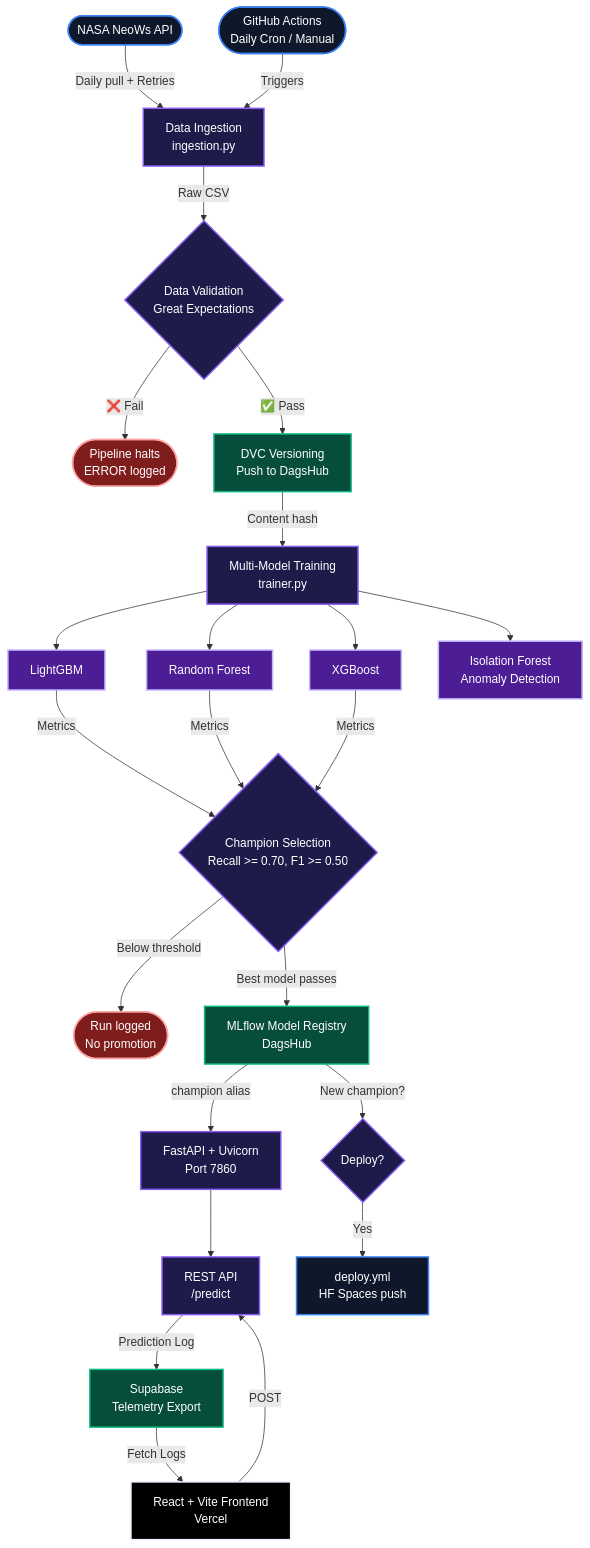
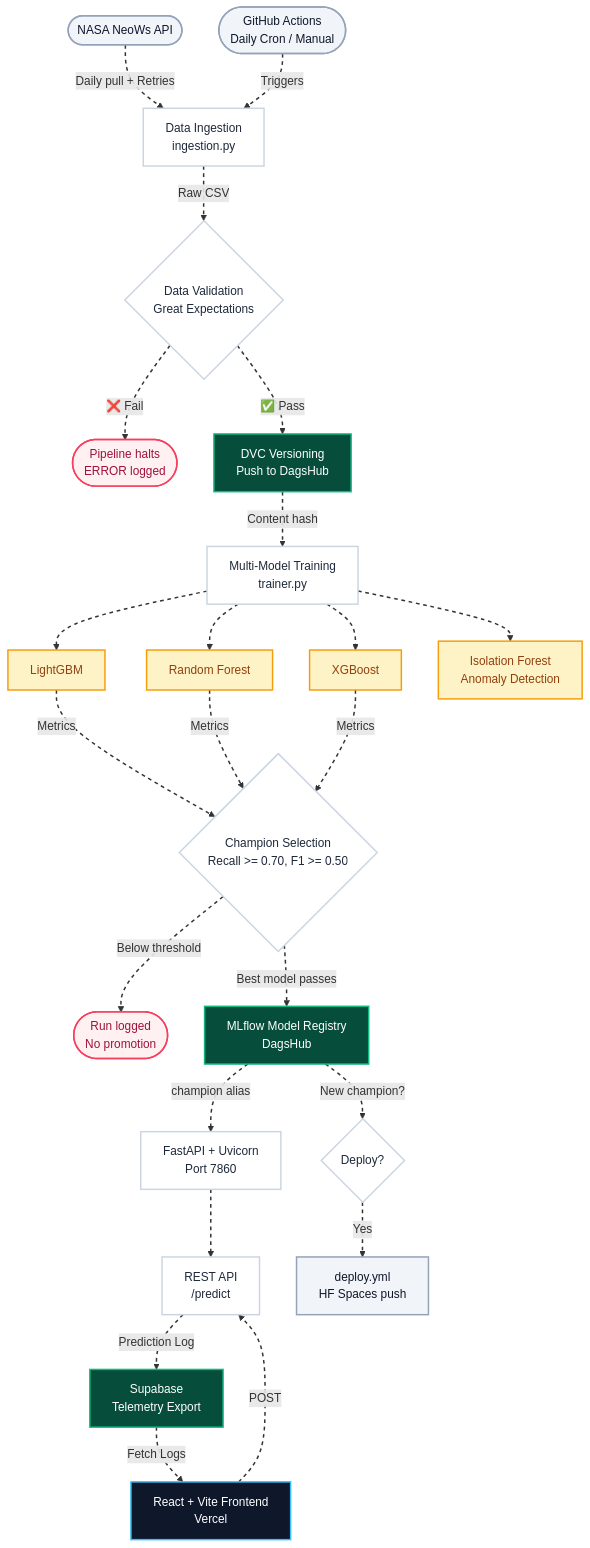
One commit to Govinthan-KS/NEO-Sentinel-Autonomous-Asteroid-Hazard-Classification-System changed the diagram in README.md. Above: the diagram before and after it, drawn with Mermaid.

Commit message:
docs: use premium light colors and dashed data flows in mermaid diagram

````diff
--- a/README.md
+++ b/README.md
@@ -48,37 +48,40 @@
 ```mermaid
 flowchart TD
-    %% Styling Classes
-    classDef external fill:#0f172a,stroke:#3b82f6,stroke-width:2px,color:#fff
-    classDef process fill:#1e1b4b,stroke:#8b5cf6,stroke-width:2px,color:#fff
-    classDef storage fill:#064e3b,stroke:#10b981,stroke-width:2px,color:#fff
-    classDef model fill:#4c1d95,stroke:#c4b5fd,stroke-width:2px,color:#fff
-    classDef error fill:#7f1d1d,stroke:#fca5a5,stroke-width:2px,color:#fff
-    classDef frontend fill:#000000,stroke:#eef3ff,stroke-width:2px,color:#fff
+    %% Premium Styling Classes
+    classDef external fill:#f1f5f9,stroke:#94a3b8,stroke-width:2px,color:#0f172a
+    classDef process fill:#ffffff,stroke:#cbd5e1,stroke-width:2px,color:#1e293b
+    classDef storage fill:#064e3b,stroke:#10b981,stroke-width:2px,color:#ffffff
+    classDef model fill:#fef3c7,stroke:#f59e0b,stroke-width:2px,color:#92400e
+    classDef error fill:#fff1f2,stroke:#f43f5e,stroke-width:2px,color:#9f1239
+    classDef frontend fill:#0f172a,stroke:#38bdf8,stroke-width:2px,color:#ffffff
 
     A([NASA NeoWs API]):::external -->|Daily pull + Retries| B[Data Ingestion\ningestion.py]:::process
     B -->|Raw CSV| C{Data Validation\nGreat Expectations}:::process
     C -->|❌ Fail| D([Pipeline halts\nERROR logged]):::error
     C -->|✅ Pass| E[DVC Versioning\nPush to DagsHub]:::storage
     E -->|Content hash| F[Multi-Model Training\ntrainer.py]:::process
 
     F --> G[LightGBM]:::model
     F --> H[Random Forest]:::model
     F --> I[XGBoost]:::model
     F --> I2[Isolation Forest\nAnomaly Detection]:::model
 
     G & H & I -->|Metrics| J{Champion Selection\nRecall >= 0.70, F1 >= 0.50}:::process
     J -->|Below threshold| K([Run logged\nNo promotion]):::error
     J -->|Best model passes| L[MLflow Model Registry\nDagsHub]:::storage
 
     L -->|champion alias| M[FastAPI + Uvicorn\nPort 7860]:::process
     M --> O[REST API\n/predict]:::process
     
     O -->|Prediction Log| T[Supabase\nTelemetry Export]:::storage
     
     U[React + Vite Frontend\nVercel]:::frontend -->|POST| O
     T -->|Fetch Logs| U
 
     Q([GitHub Actions\nDaily Cron / Manual]):::external -->|Triggers| B
     L -->|New champion?| R{Deploy?}:::process
     R -->|Yes| S[deploy.yml\nHF Spaces push]:::external
+
+    %% Data Flow Animations (Dashed lines for data transfer)
+    linkStyle default stroke-width:2px,stroke-dasharray: 5 5
 ```
````
